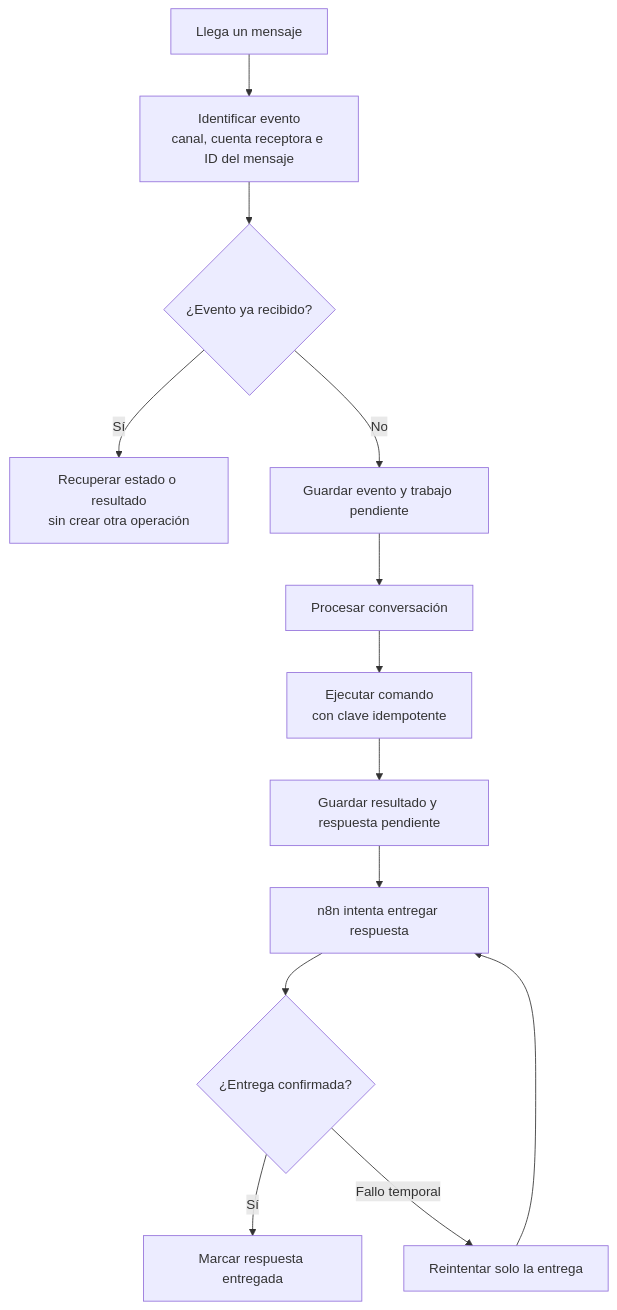
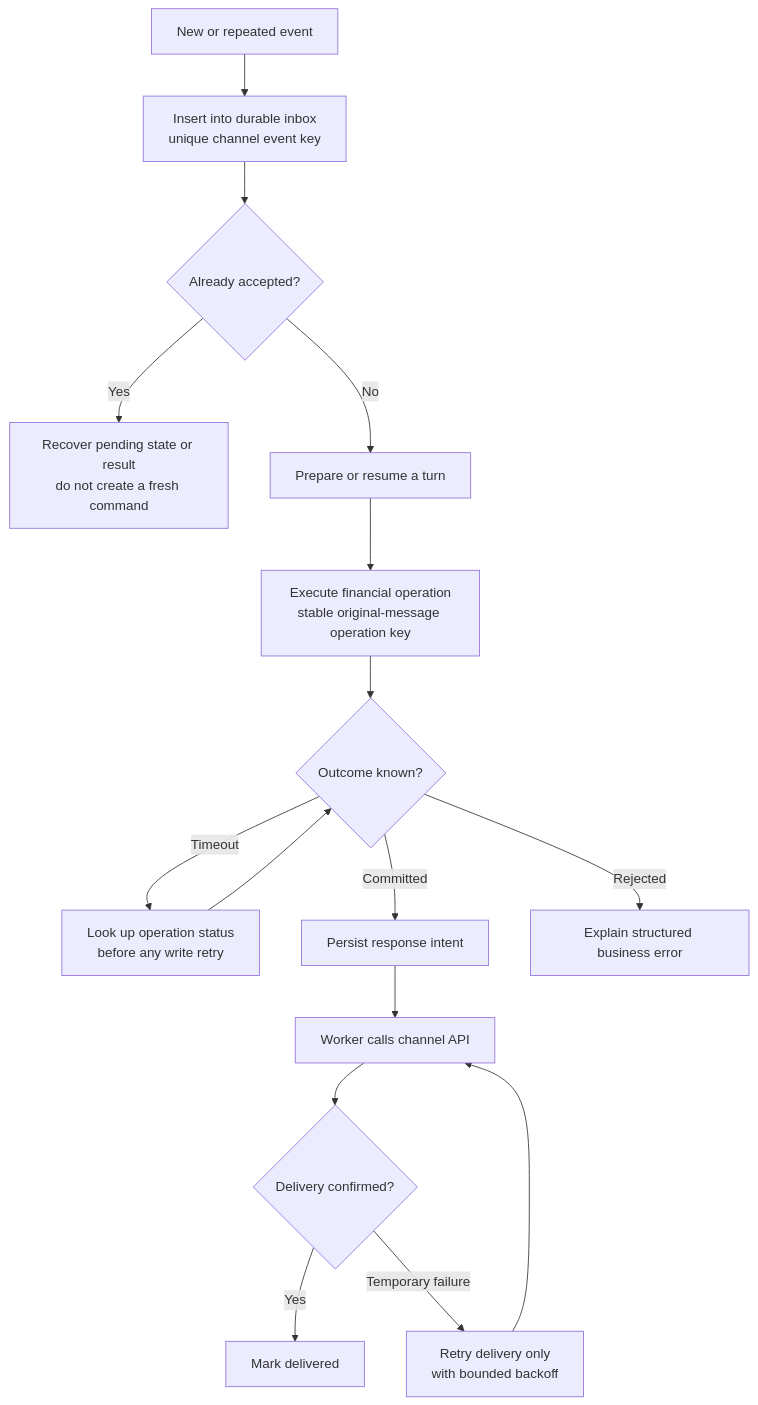
One commit to kplian/meta-hackathon changed the seventh of 7 diagrams in docs/ai-attention-architecture.md. Above: the diagram before and after it, drawn with Mermaid. The commit also changed other lines of this file and 1 other file, not shown here.

Commit message:
docs: align AI attention design with AWS worker and LiteLLM architecture

````diff
--- a/docs/ai-attention-architecture.md
+++ b/docs/ai-attention-architecture.md
@@ -197,15 +313,18 @@
 ```mermaid
 flowchart TD
-    EVENT["Llega un mensaje"] --> KEY["Identificar evento<br/>canal, cuenta receptora e ID del mensaje"]
-    KEY --> SEEN{"¿Evento ya recibido?"}
-    SEEN -->|Sí| EXISTING["Recuperar estado o resultado<br/>sin crear otra operación"]
-    SEEN -->|No| SAVE["Guardar evento y trabajo pendiente"]
-    SAVE --> PROCESS["Procesar conversación"]
-    PROCESS --> COMMAND["Ejecutar comando<br/>con clave idempotente"]
-    COMMAND --> RESULT["Guardar resultado y respuesta pendiente"]
-    RESULT --> SEND["n8n intenta entregar respuesta"]
-    SEND --> DELIVERY{"¿Entrega confirmada?"}
-    DELIVERY -->|Sí| DONE["Marcar respuesta entregada"]
-    DELIVERY -->|Fallo temporal| RETRY["Reintentar solo la entrega"]
+    EVENT["New or repeated event"] --> INBOX["Insert into durable inbox<br/>unique channel event key"]
+    INBOX --> EXISTING{"Already accepted?"}
+    EXISTING -->|Yes| LOOKUP["Recover pending state or result<br/>do not create a fresh command"]
+    EXISTING -->|No| TURN["Prepare or resume a turn"]
+    TURN --> COMMAND["Execute financial operation<br/>stable original-message operation key"]
+    COMMAND --> UNCERTAIN{"Outcome known?"}
+    UNCERTAIN -->|Timeout| CHECK["Look up operation status<br/>before any write retry"]
+    CHECK --> UNCERTAIN
+    UNCERTAIN -->|Committed| OUT["Persist response intent"]
+    UNCERTAIN -->|Rejected| ERROR["Explain structured business error"]
+    OUT --> SEND["Worker calls channel API"]
+    SEND --> DELIVERY{"Delivery confirmed?"}
+    DELIVERY -->|Yes| DONE["Mark delivered"]
+    DELIVERY -->|Temporary failure| RETRY["Retry delivery only<br/>with bounded backoff"]
     RETRY --> SEND
 ```
````
